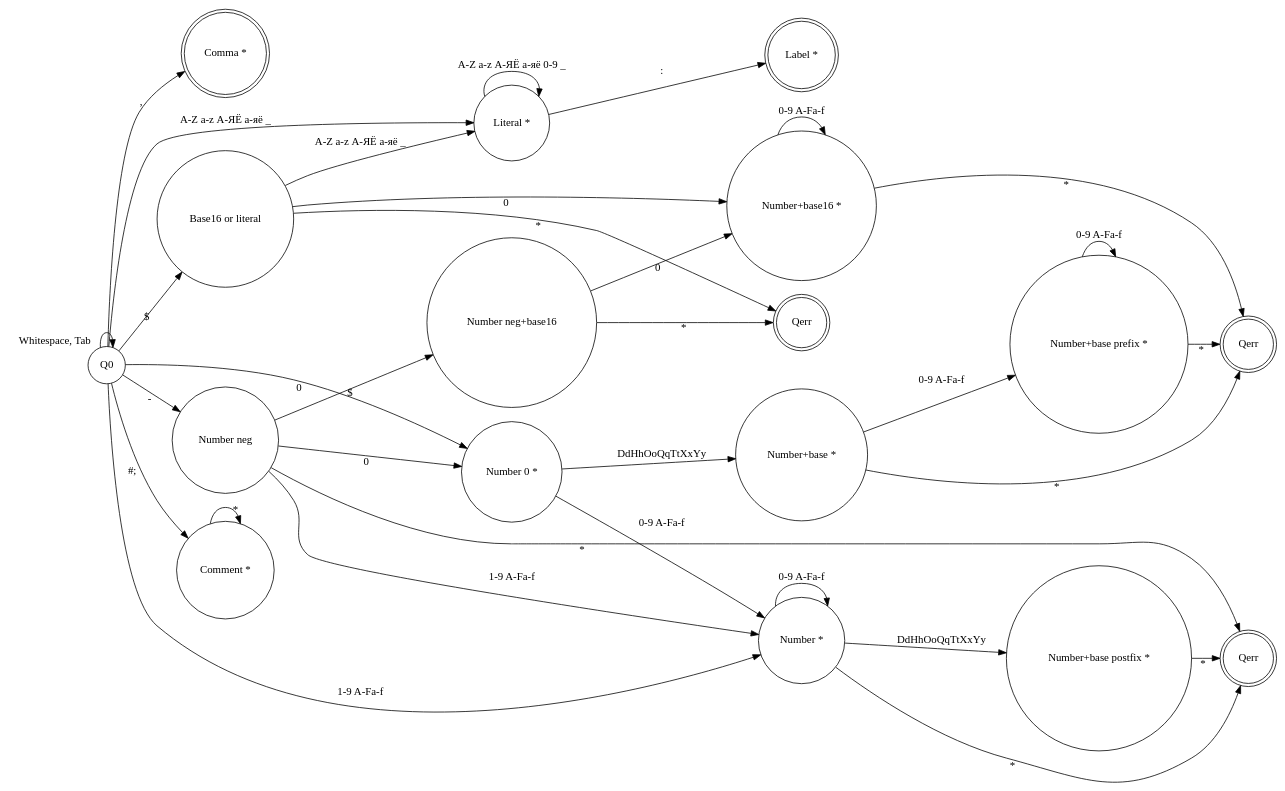
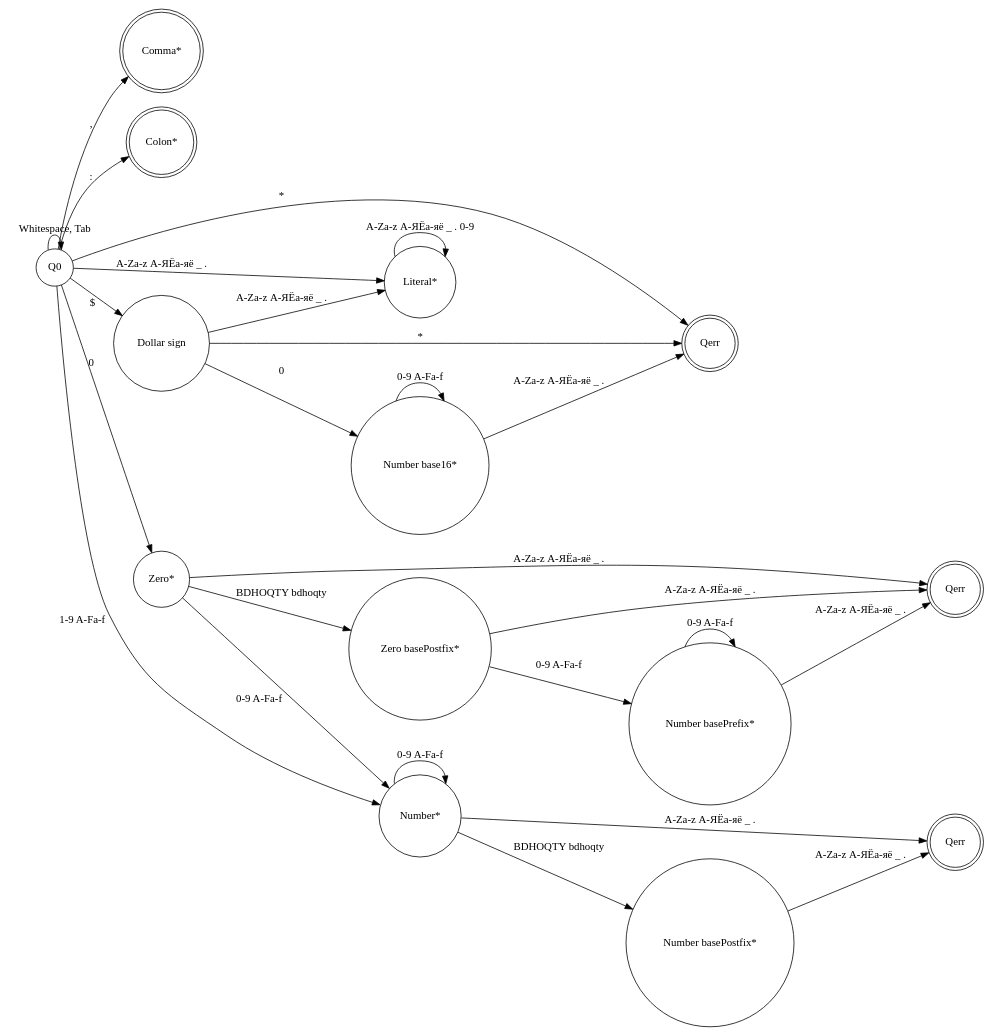
Before and after one commit to rndtrash/x86-sim: the diagram in docs/tokenizer.dot, drawn with Graphviz.

Commit message:
Remade the tokenizer FSM

```diff
--- a/docs/tokenizer.dot
+++ b/docs/tokenizer.dot
@@ -1,79 +1,90 @@
-// NOT FINAL!
+digraph finite_state_machine {
+    rankdir = LR
+    charset = "UTF-8"
 
-digraph finite_state_machine {
-	rankdir=LR;
-    charset="UTF-8";
-	//size="8,5"
+    node [shape = doublecircle]
 
-	node [shape = doublecircle];
-    Q7;
-    Q6;
-    Qerr;
-    Qerr1;
-    Qerr2;
+    //Q2
+    Q10
+    Q11
+    Qerr
+    //Qerr1
+    //Qerr2
+    Qerr3
+    Qerr4
 
-	node [shape = circle];
+    node [shape = circle]
 
-    Q1 [ label = "Number neg" ];
-    Q2 [ label = "Number *" ];
-    Q3 [ label = "Number 0 *" ];
-    Q4 [ label = "Literal *" ];
-    Q5 [ label = "Comment *" ];
-    Q6 [ label = "Comma *" ];
-    Q7 [ label = "Label *" ];
-    Q8 [ label = "Number+base *" ];
-    Q9 [ label = "Base16 or literal" ];
-    Q10 [ label = "Number+base postfix *" ];
-    Q11 [ label = "Number+base16 *" ];
-    Q12 [ label = "Number neg+base16" ];
-    Q13 [ label = "Number+base prefix *" ];
+    // State labels
+    Q1 [ label = "Literal*" ]
+    //Q2 [ label = "Label*" ]
+    Q3 [ label = "Dollar sign" ]
+    Q4 [ label = "Number base16*" ]
+    Q5 [ label = "Zero*" ]
+    Q6 [ label = "Number*" ]
+    Q7 [ label = "Number basePostfix*" ]
+    Q8 [ label = "Zero basePostfix*" ]
+    Q9 [ label = "Number basePrefix*" ]
+    Q10 [ label = "Comma*" ]
+    Q11 [ label = "Colon*" ]
 
-    Qerr1 [ label = "Qerr" ];
-    Qerr2 [ label = "Qerr" ];
+    //Qerr1 [ label = "Qerr" ]
+    //Qerr2 [ label = "Qerr" ]
+    Qerr3 [ label = "Qerr" ]
+    Qerr4 [ label = "Qerr" ]
 
-    // Пробелы
-    Q0 -> Q0 [ xlabel = "Whitespace, Tab" ];
+    // Starting point
+    Q0 -> Q0 [ label = "Whitespace, Tab" ]
 
-    Q0 -> Q9 [ xlabel = "$" ];
-    // Литералы-метки, начинающиеся с доллара
-    Q9 -> Q4 [ label = "A-Z a-z А-ЯЁ а-яё _" ];
-    // Шестнадцатеричные числа вида $0...
-    { Q9 Q12 } -> Q11 [ xlabel = "0" ];
-    Q11 -> Q11 [ label = "0-9 A-Fa-f" ];
+    // Literal
+    Q0 -> Q1 [ label = "A-Za-z А-ЯЁа-яё _ ." ]
+    Q1 -> Q1 [ label = "A-Za-z А-ЯЁа-яё _ . 0-9" ]
+    Q3 -> Q1 [ label = "A-Za-z А-ЯЁа-яё _ ." ]
 
-    // Запятая
-    Q0 -> Q6 [ label = "," ];
+    // Label
+    //Q1 -> Q2 [ xlabel = ":" ]
 
-    // Комментарий
-    Q0 -> Q5 [ xlabel = "#;" ];
-    Q5 -> Q5 [ xlabel = "*" ];
+    // Dollar sign
+    Q0 -> Q3 [ xlabel = "$" ]
 
-    // Литерал
-    Q0 -> Q4 [ label = "A-Z a-z А-ЯЁ а-яё _" ];
-    Q4 -> Q4 [ label = "A-Z a-z А-ЯЁ а-яё 0-9 _" ];
-    // Метка
-    Q4 -> Q7 [ label = ":" ];
+    // Numbers
 
-    // Отрицательные числа
-    Q0 -> Q1 [ xlabel = "-" ];
-    // Шестнадцатеричные числа вида $0...
-    Q1 -> Q12 [ xlabel = "$" ];
-    // Число
-    { Q0 Q1 } -> Q2 [ label = "1-9 A-Fa-f" ];
-    { Q2 Q3 } -> Q2 [ label = "0-9 A-Fa-f" ];
-    // Число с постфиксом
-    Q2 -> Q10 [ label = "DdHhOoQqTtXxYy" ];
+    // $0 Hexadecimal
+    Q3 -> Q4 [ label = "0" ]
+    Q4 -> Q4 [ label = "0-9 A-Fa-f" ]
 
-    // Число 0
-    {Q0 Q1} -> Q3 [ xlabel = "0" ];
-    // Число с префиксом системы исчисления
-    Q3 -> Q8 [ label = "DdHhOoQqTtXxYy" ];
-    { Q8 Q13 } -> Q13 [ label = "0-9 A-Fa-f" ];
+    // Zero
+    Q0 -> Q5 [ label = "0" ]
 
-    // errors
-    { Q8 Q11 Q13 } -> Qerr [ xlabel = "*" ];
+    // Regular number
+    Q0 -> Q6 [ xlabel = "1-9 A-Fa-f" ]
+    Q5 -> Q6 [ xlabel = "0-9 A-Fa-f" ]
+    Q6 -> Q6 [ label = "0-9 A-Fa-f" ]
 
-    { Q2 Q10 Q1 } -> Qerr1 [ xlabel = "*" ];
+    // Number with postfix base
+    Q6 -> Q7 [ label = "BDHOQTY bdhoqty" ]
 
-    { Q9 Q12 } -> Qerr2 [ xlabel = "*" ];
+    // Zero with base
+    Q5 -> Q8 [ label = "BDHOQTY bdhoqty" ]
+
+    // Number with prefix base
+    Q8 -> Q9 [ label = "0-9 A-Fa-f" ]
+    Q9 -> Q9 [ label = "0-9 A-Fa-f" ]
+
+    // Comma
+    Q0 -> Q10 [ label = "," ]
+
+    // Colon
+    Q0 -> Q11 [ label = ":" ]
+
+    // Errors
+    { Q0 Q3 } -> Qerr [ label = "*" ]
+
+    //Q3 -> Qerr1 [ label = "*" ]
+
+    Q4 -> Qerr [ label = "A-Za-z А-ЯЁа-яё _ ." ]
+
+    { Q5 Q8 Q9 } -> Qerr3 [ label = "A-Za-z А-ЯЁа-яё _ ." ]
+
+    { Q6 Q7 } -> Qerr4 [ label = "A-Za-z А-ЯЁа-яё _ ." ]
 }
```
